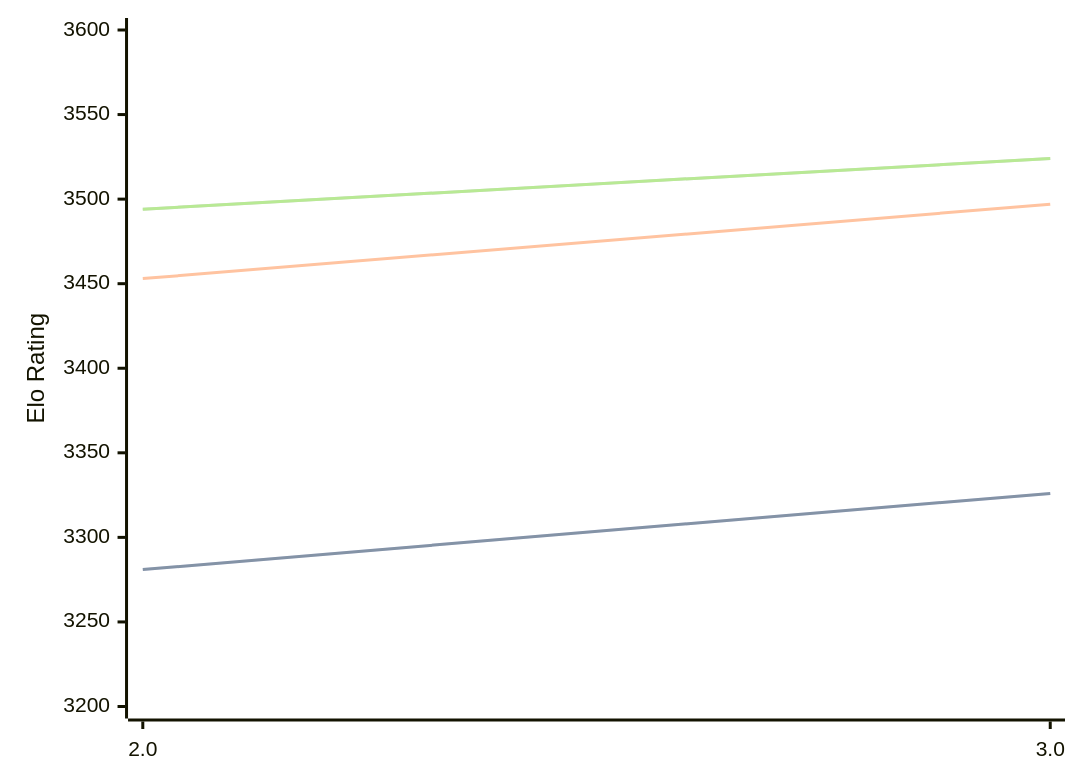
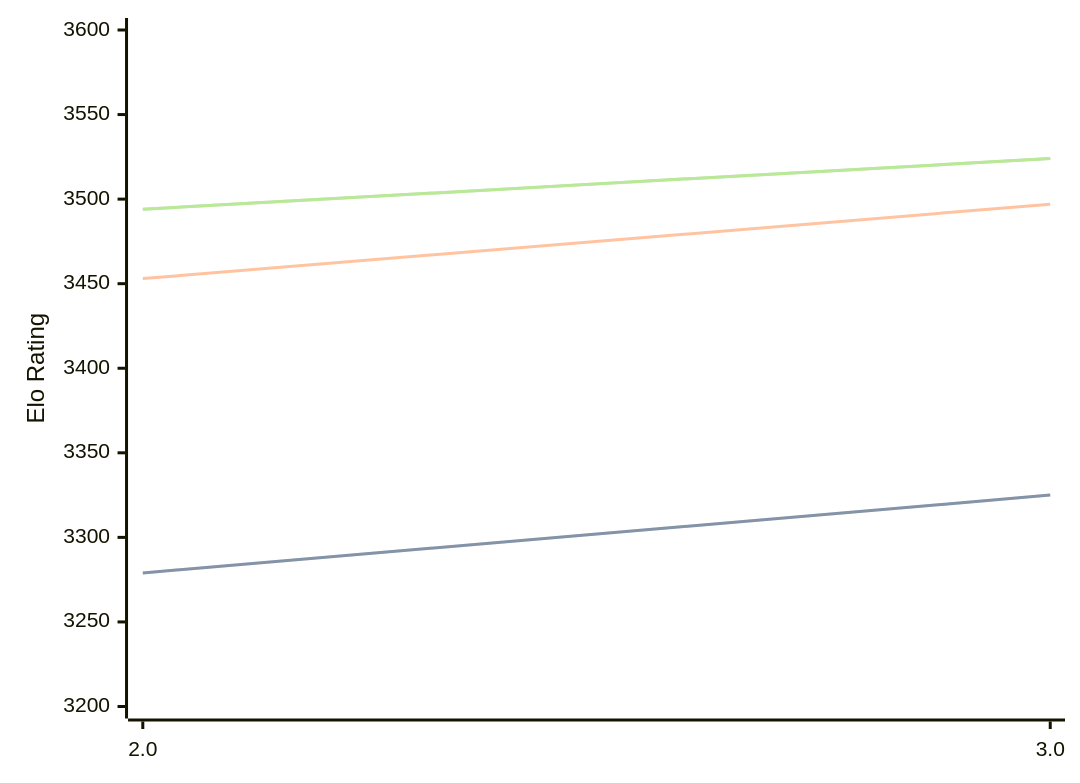
The diagram in engines/Quanticade.md (computer-chess-index/cci), drawn with Mermaid before and after one commit. The commit also changed other lines of this file, not shown here.

````diff
--- a/engines/Quanticade.md
+++ b/engines/Quanticade.md
@@ -41,11 +41,11 @@
 ```mermaid
 %%{init: {"theme":"base","themeVariables":{"seriesColors:['#a3a3a3','#222221','#faa371']}}}%%
 xychart-beta
   x-axis ["2.0", "3.0"]
   y-axis "Elo Rating" 3200 --> 3600
-  line "STC (8.0+0.08s)" [3281, 3326]
-  line "STC (8.0+0.08s)" [3281, 3326]
+  line "STC (8.0+0.08s)" [3279, 3325]
+  line "STC (8.0+0.08s)" [3279, 3325]
   line "LTC (60.0+0.60s)" [3453, 3497]
   line "VLTC (2m24s+1.12s)" [3494, 3524]
   line "VLTC (2m24s+1.12s)" [3494, 3524]
 ```
````
